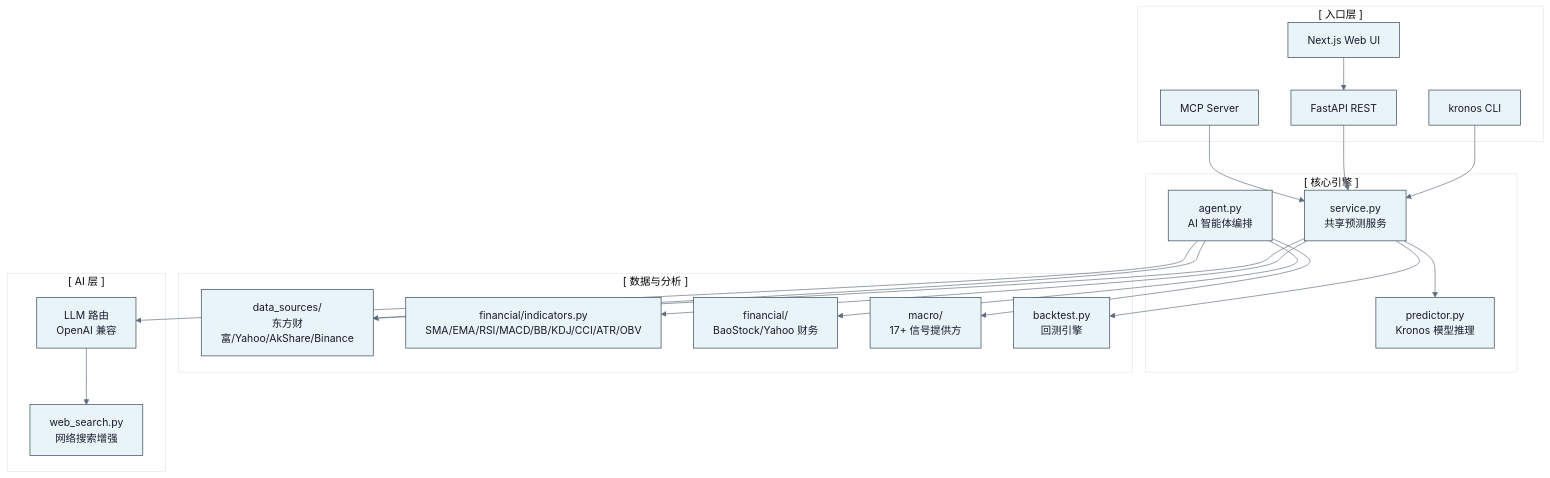
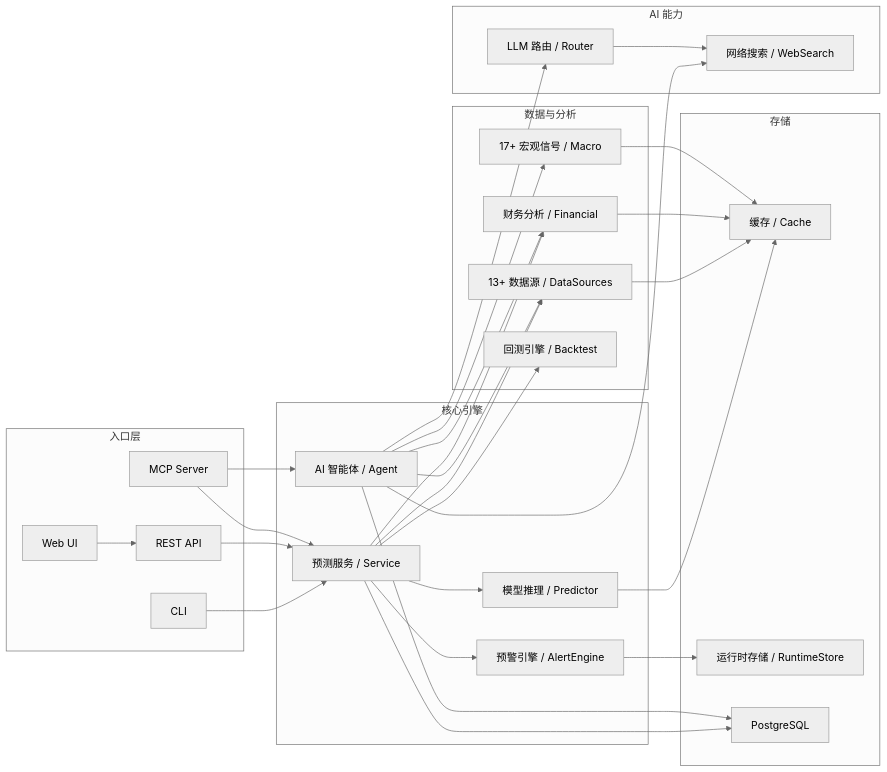
Before and after one commit to DDDFXYqiming/KronosFinceptLab: the diagram in README.md, drawn with Mermaid. The commit also changed other lines of this file, not shown here.

Commit message:
refactor: redesign README mermaid architecture diagram
- Switch from graph TB to flowchart LR (left-to-right layout)
- Remove all emoji from diagram nodes
- Add 5 subgraph layers: entry/core/data/ai/storage
- Restore missing components: Predictor, AlertEngine, Cache, RuntimeStore, DB
- Restore full connection graph including cache/persistence/search paths

````diff
--- a/README.md
+++ b/README.md
@@ -60,43 +60,62 @@
 ```mermaid
-%%{init: {'theme': 'base', 'themeVariables': { 'primaryColor': '#e8f4f8', 'primaryTextColor': '#1a1a2e', 'primaryBorderColor': '#2c3e50', 'lineColor': '#5d6d7e', 'secondaryColor': '#f0f3f4', 'tertiaryColor': '#ffffff', 'fontFamily': 'monospace'}}}%%
-graph TB
-    subgraph entry["[ 入口层 ]"]
-        CLI["kronos CLI"]
-        API["FastAPI REST"]
-        Web["Next.js Web UI"]
+%%{init: {'theme': 'neutral'}}%%
+flowchart LR
+    subgraph entry["入口层"]
+        CLI["CLI"]
+        API["REST API"]
+        Web["Web UI"]
         MCP["MCP Server"]
     end
 
-    subgraph core["[ 核心引擎 ]"]
-        SVC["service.py<br/>共享预测服务"]
-        AGENT["agent.py<br/>AI 智能体编排"]
-        PRED["predictor.py<br/>Kronos 模型推理"]
+    subgraph core["核心引擎"]
+        SVC["预测服务 / Service"]
+        AGENT["AI 智能体 / Agent"]
+        PRED["模型推理 / Predictor"]
+        ALERT["预警引擎 / AlertEngine"]
     end
 
-    subgraph data["[ 数据与分析 ]"]
-        DS["data_sources/<br/>东方财富/Yahoo/AkShare/Binance"]
-        IND["financial/indicators.py<br/>SMA/EMA/RSI/MACD/BB/KDJ/CCI/ATR/OBV"]
-        FIN["financial/<br/>BaoStock/Yahoo 财务"]
-        MACRO["macro/<br/>17+ 信号提供方"]
-        BT["backtest.py<br/>回测引擎"]
+    subgraph data["数据与分析"]
+        DS["13+ 数据源 / DataSources"]
+        FIN["财务分析 / Financial"]
+        MACRO["17+ 宏观信号 / Macro"]
+        BT["回测引擎 / Backtest"]
     end
 
-    subgraph ai["[ AI 层 ]"]
-        LLM["LLM 路由<br/>OpenAI 兼容"]
-        WS["web_search.py<br/>网络搜索增强"]
+    subgraph ai["AI 能力"]
+        LLM["LLM 路由 / Router"]
+        WS["网络搜索 / WebSearch"]
+    end
+
+    subgraph store["存储"]
+        CACHE["缓存 / Cache"]
+        RUNTIME["运行时存储 / RuntimeStore"]
+        DB["PostgreSQL"]
     end
 
     CLI --> SVC
     API --> SVC
     Web --> API
     MCP --> SVC
+    MCP --> AGENT
+
     SVC --> PRED
     SVC --> DS
-    SVC --> IND
+    SVC --> FIN
     SVC --> BT
+    SVC --> ALERT
+
     AGENT --> LLM
     AGENT --> DS
     AGENT --> FIN
     AGENT --> MACRO
+    AGENT --> WS
+
+    PRED --> CACHE
+    DS --> CACHE
+    FIN --> CACHE
+    MACRO --> CACHE
+    ALERT --> RUNTIME
     LLM --> WS
+    SVC --> DB
+    AGENT --> DB
 ```
````
